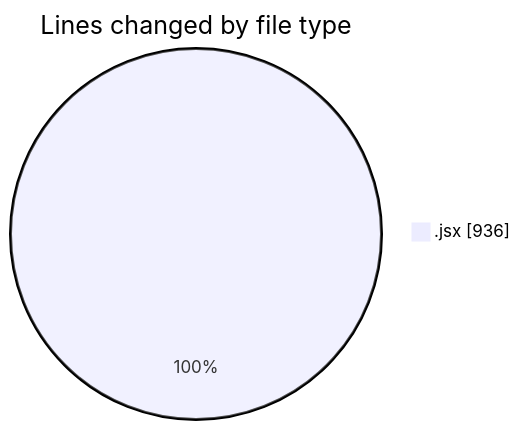
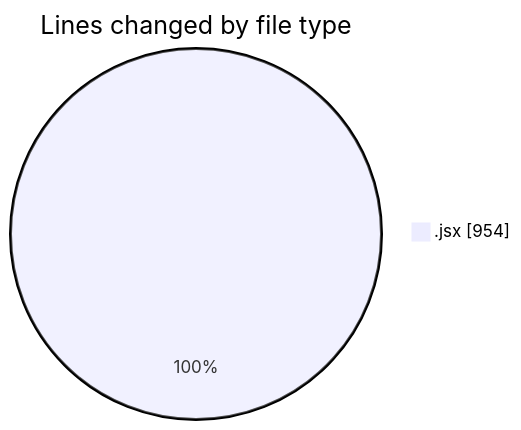
One commit to nxtqubesakshisongat/code-tracking changed the first of 2 diagrams in 2025-05-12/argos-dev/README.md. Above: the diagram before and after it, drawn with Mermaid. The commit also changed other lines of this file and 1 other file, not shown here.

````diff
--- a/2025-05-12/argos-dev/README.md
+++ b/2025-05-12/argos-dev/README.md
@@ -20,5 +20,5 @@
 ```mermaid
 pie showData
 title Lines changed by file type
-".jsx" : 936
+".jsx" : 954
 ```
````
